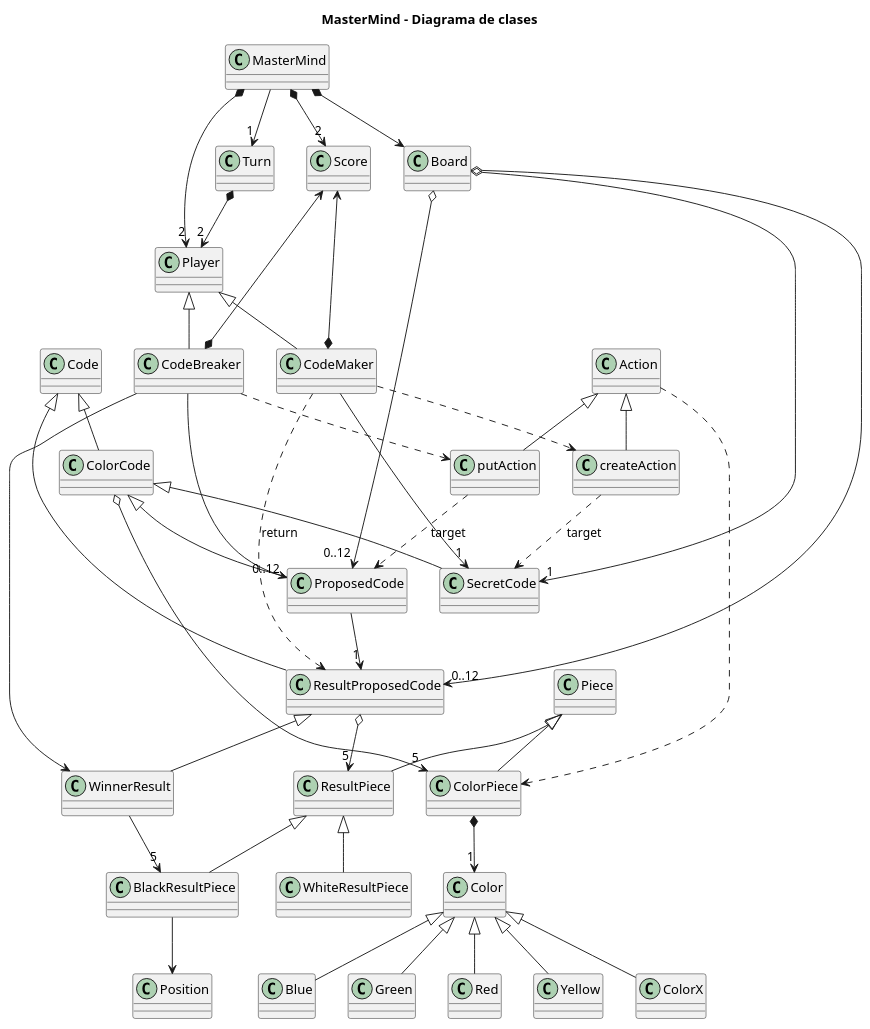
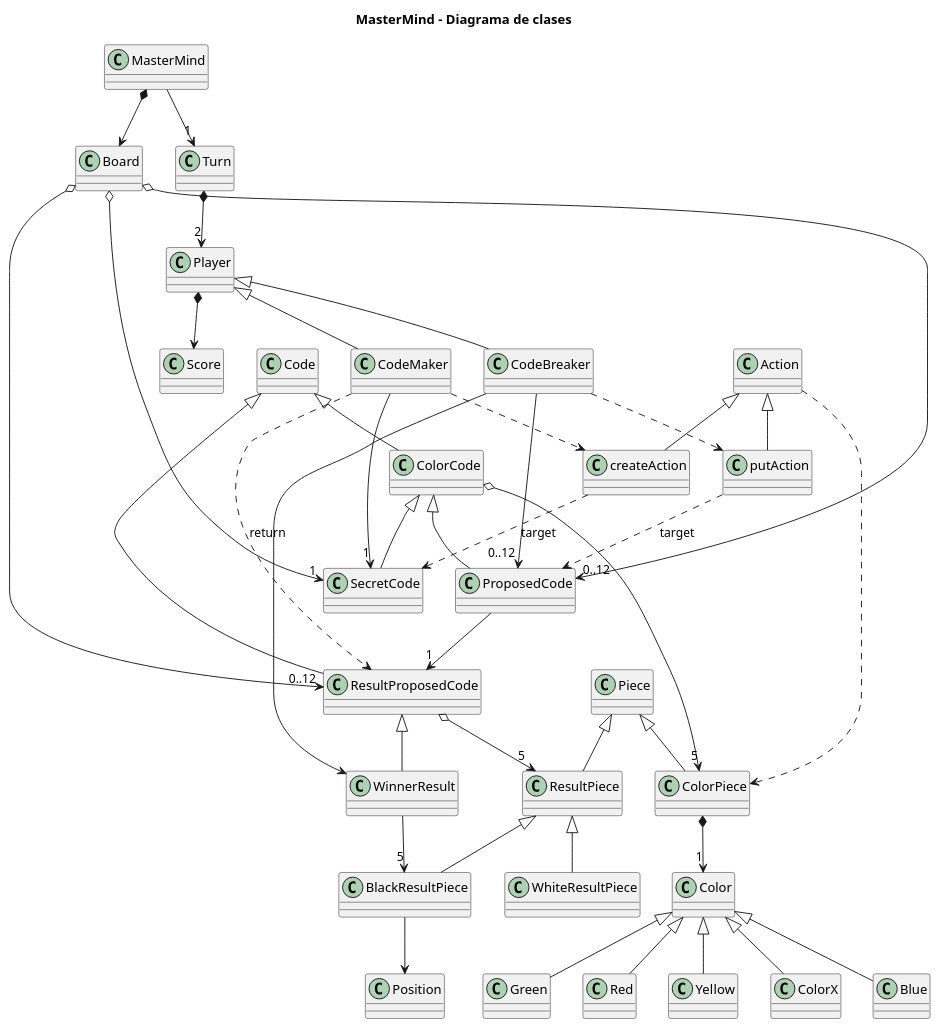
One commit to Master-Desarrollo-20-21/modelo-dominio-mastermind changed the diagram in plantuml/class.puml. Above: the diagram before and after it, drawn with PlantUML.

Commit message:
Deleted composition relation between 'Mastermind' and 'Player'. Is redundant with composition relation between 'Turn' and 'Player' Deleted composition relation between 'Mastermind' and 'Score'. Is redundant with composition relation between 'CodeBreaker'*-->'Score' and 'CodeMaker'*-->Score. Simplifed composition relation with Score, now this born from 'Player'

```diff
--- a/plantuml/class.puml
+++ b/plantuml/class.puml
@@ -1,100 +1,98 @@
 @startuml MasterMind
 
 title MasterMind - Diagrama de clases
 
 class MasterMind
 
 together {
     class Board
     class Turn
     class Score
+    class Player
 }
+
 class Player
 
 together {
     class CodeMaker
     class CodeBreaker
     class Code
 }
 class Piece
 together {
     class ColorPiece
     class ResultPiece
 }
 
 together {
     class SecretCode
     class ProposedCode
     class ResultProposedCode
 }
 
 together {
     class putAction
     class createAction
 }
 
 class BlackResultPiece
 class WhiteResultPiece
 class WinnerResult
 class Color
 
 class ColorCode
 class Position
 
 MasterMind *--> Board
 MasterMind --> "1" Turn
-MasterMind *--> "2" Player
-MasterMind *--> "2" Score
 Turn *--> "2" Player
-
-Score <--* CodeMaker
-Score <--* CodeBreaker
 
 Code ^-- ColorCode
 Code ^-- ResultProposedCode
 ColorCode ^-- SecretCode
 ColorCode ^-- ProposedCode
 ColorCode o--> "5" ColorPiece
 
 Board o--> "1" SecretCode
 Board o--> "0..12" ProposedCode
 Board o--> "0..12" ResultProposedCode
 
 Player ^-- CodeMaker
 Player ^-- CodeBreaker
+Player *--> Score
 CodeMaker --> "1" SecretCode
 CodeMaker ..> ResultProposedCode :"return"
 CodeBreaker --> "0..12" ProposedCode
 ProposedCode --> "1" ResultProposedCode
 
 ResultProposedCode o--> "5" ResultPiece
 ResultProposedCode ^-- WinnerResult
 CodeBreaker --> WinnerResult
 WinnerResult --> "5" BlackResultPiece
 
 Piece ^-- ColorPiece
 Piece ^-- ResultPiece
 
 ColorPiece *--> "1" Color
 Color ^-- Blue
 Color ^-- Green
 Color ^-- Red
 Color ^-- Yellow
 Color ^-- ColorX
 
 ResultPiece ^-- BlackResultPiece
 ResultPiece ^-- WhiteResultPiece
 BlackResultPiece --> Position
 
 CodeBreaker ..> putAction
 putAction ..> ProposedCode : target
 
 CodeMaker ..> createAction
 createAction ..> SecretCode : target
 
 Action ^-- createAction
 Action ^-- putAction
 Action ..> ColorPiece
 
 
 @enduml
```
